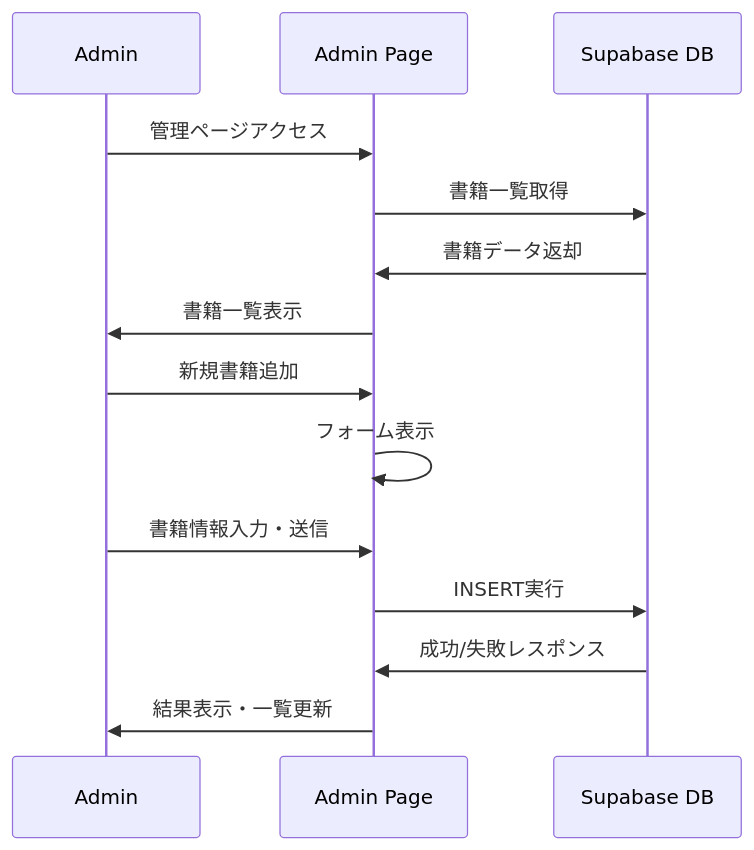
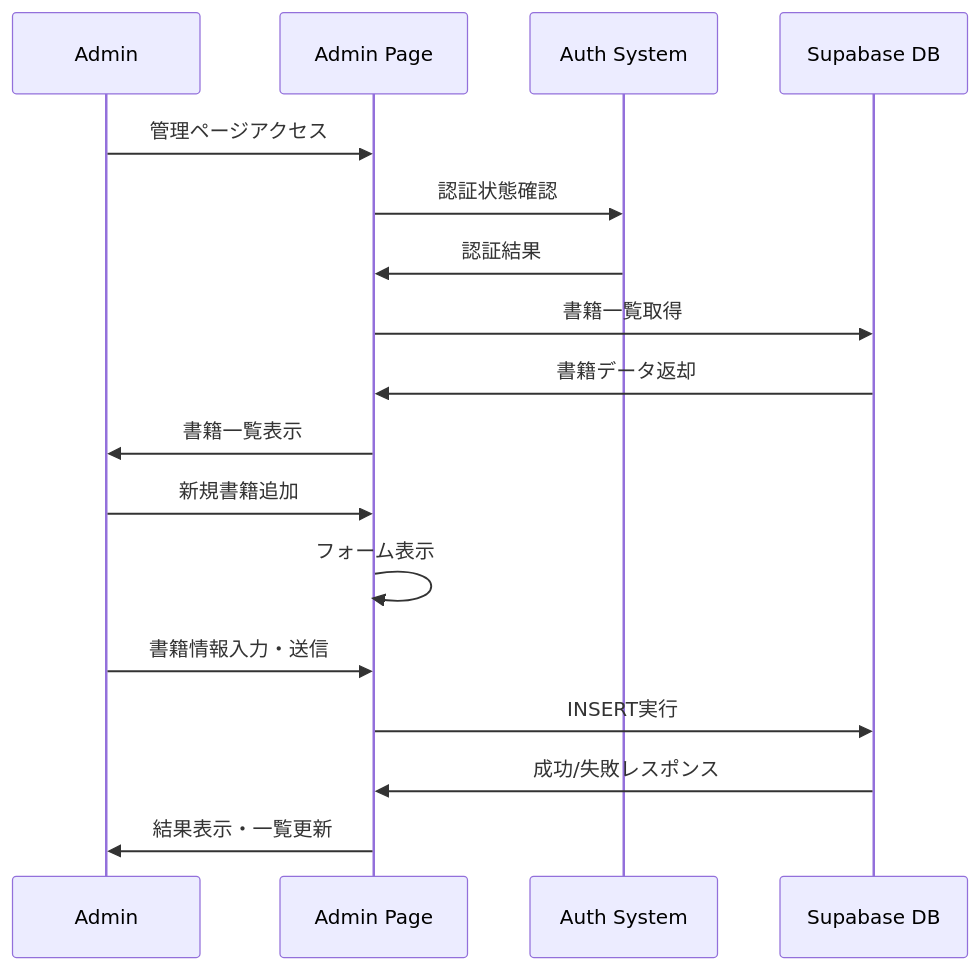
Before and after one commit to atsushimemet/ichidan-dokusho-rec: the fourth of 5 diagrams in docs/architecture.md, drawn with Mermaid. The commit also changed other lines of this file, not shown here.

First line of the commit message:
Update architecture documentation with current system state (2025/09/03)

````diff
--- a/docs/architecture.md
+++ b/docs/architecture.md
@@ -224,18 +427,21 @@
 ```mermaid
 sequenceDiagram
     participant A as Admin
     participant AP as Admin Page
+    participant AUTH as Auth System
     participant DB as Supabase DB
     
     A->>AP: 管理ページアクセス
+    AP->>AUTH: 認証状態確認
+    AUTH->>AP: 認証結果
     AP->>DB: 書籍一覧取得
     DB->>AP: 書籍データ返却
     AP->>A: 書籍一覧表示
     
     A->>AP: 新規書籍追加
     AP->>AP: フォーム表示
     A->>AP: 書籍情報入力・送信
     AP->>DB: INSERT実行
     DB->>AP: 成功/失敗レスポンス
     AP->>A: 結果表示・一覧更新
 ```
````
